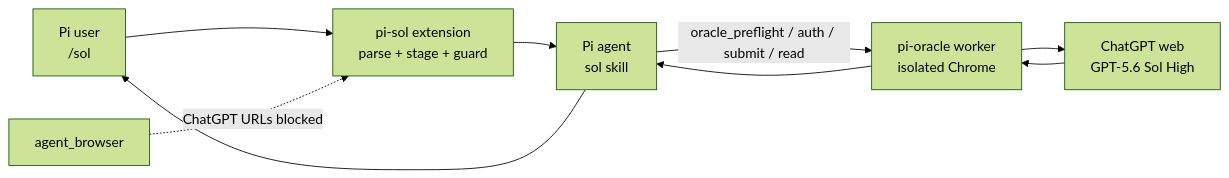
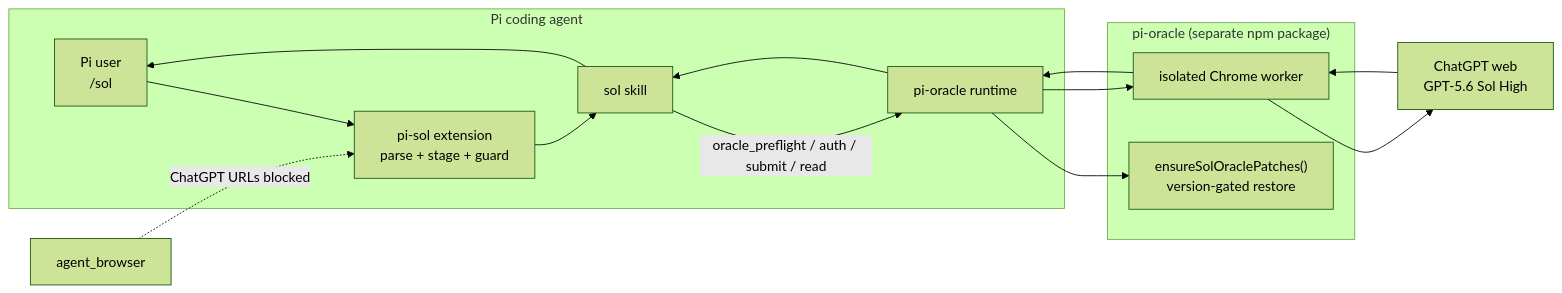
Before and after one commit to xiangbianpangde/pi-sol: the first of 2 diagrams in README.md, drawn with Mermaid (forest theme). The commit also changed other lines of this file and 1 other file, not shown here.

First line of the commit message:
docs: bilingual READMEs + centralize 0.7.20 + refined Mermaid + 3 third-pass fixes

````diff
--- a/README.md
+++ b/README.md
@@ -186,11 +199,18 @@
 ```mermaid
 flowchart LR
-    U["Pi user<br/>/sol"] --> E["pi-sol extension<br/>parse + stage + guard"]
-    E --> A["Pi agent<br/>sol skill"]
-    A -->|"oracle_preflight / auth / submit / read"| O["pi-oracle worker<br/>isolated Chrome"]
-    O --> C["ChatGPT web<br/>GPT-5.6 Sol High"]
-    C --> O
-    O --> A
-    A --> U
+    subgraph Pi["Pi coding agent"]
+        U["Pi user<br/>/sol"] --> E["pi-sol extension<br/>parse + stage + guard"]
+        E --> SK["sol skill"]
+        SK -->|"oracle_preflight / auth / submit / read"| RT["pi-oracle runtime"]
+    end
+    subgraph Oracle["pi-oracle (separate npm package)"]
+        RT --> PCH["ensureSolOraclePatches()<br/>version-gated restore"]
+        RT --> W["isolated Chrome worker"]
+    end
+    W --> C["ChatGPT web<br/>GPT-5.6 Sol High"]
+    C --> W
+    W --> RT
+    RT --> SK
+    SK --> U
     B["agent_browser"] -. "ChatGPT URLs blocked" .-> E
 ```
````
